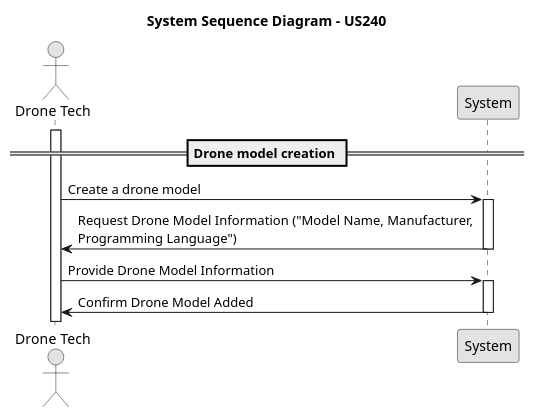
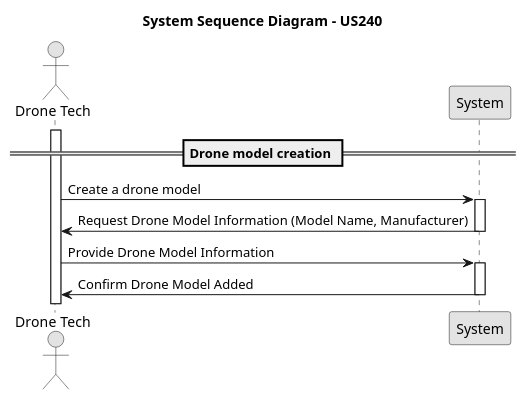
One commit to rubenFreitas1/ISEP-LAPR4-2024-2025 changed the diagram in docs/Sprint2/us_240/diagrams/system-sequence-diagram-US240.puml. Above: the diagram before and after it, drawn with PlantUML. The commit also changed 3 other files, not shown here.

```diff
--- a/docs/Sprint2/us_240/diagrams/system-sequence-diagram-US240.puml
+++ b/docs/Sprint2/us_240/diagrams/system-sequence-diagram-US240.puml
@@ -1,28 +1,28 @@
 @startuml
 skinparam monochrome true
 skinparam packageStyle rectangle
 skinparam shadowing false
 
 actor "Drone Tech" as droneTech
 participant "System" as system
 
 title System Sequence Diagram - US240
 
 == Drone model creation ==
 activate droneTech
 
 droneTech -> system : Create a drone model
 activate system
 
-system -> droneTech : Request Drone Model Information ("Model Name, Manufacturer, \nProgramming Language")
+system -> droneTech : Request Drone Model Information (Model Name, Manufacturer)
 deactivate system
 droneTech -> system : Provide Drone Model Information
 
 activate system
 
 system -> droneTech : Confirm Drone Model Added
 deactivate system
 
 
 
 @enduml
```
